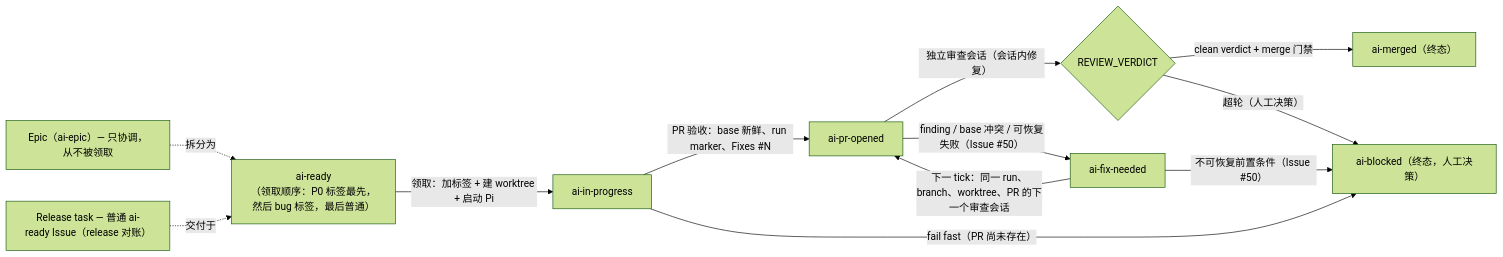
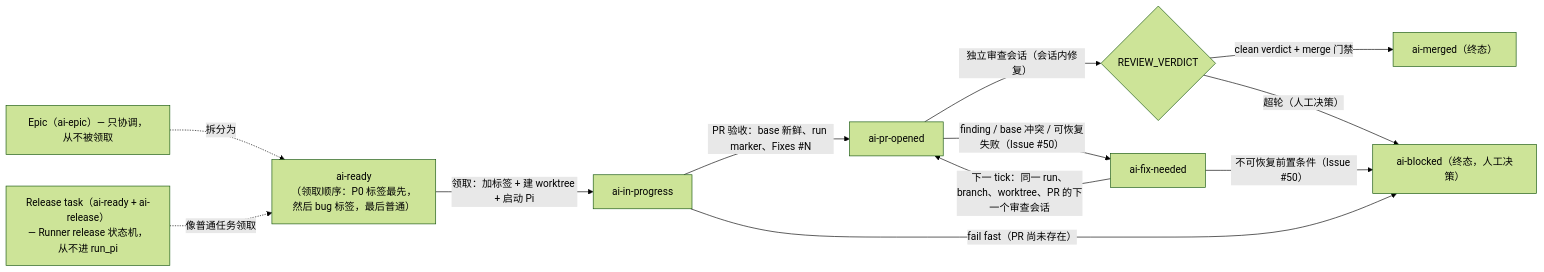
The diagram in docs/zh/workflow.mdx (orbi-build/orbi), drawn with Mermaid (forest theme) before and after one commit. The commit also changed other lines of this file and 11 other files, not shown here.

First line of the commit message:
Add the ai-release Release task type with a Runner-side release state machine

````diff
--- a/docs/zh/workflow.mdx
+++ b/docs/zh/workflow.mdx
@@ -13,17 +13,17 @@
 ```mermaid
 flowchart LR
   epic["Epic（ai-epic）— 只协调，从不被领取"]
   epic -.拆分为.-> ready
-  release["Release task — 普通 ai-ready Issue（release 对账）"]
-  release -.交付于.-> ready
+  release["Release task（ai-ready + ai-release）<br/>— Runner release 状态机，从不进 run_pi"]
+  release -.像普通任务领取.-> ready
   ready["ai-ready<br/>（领取顺序：P0 标签最先，然后 bug 标签，最后普通）"]
   ready -->|领取：加标签 + 建 worktree + 启动 Pi| progress["ai-in-progress"]
   progress -->|PR 验收：base 新鲜、run marker、Fixes #N| opened["ai-pr-opened"]
   opened -->|独立审查会话（会话内修复）| verdict{"REVIEW_VERDICT"}
   verdict -->|clean verdict + merge 门禁| merged["ai-merged（终态）"]
   verdict -->|超轮（人工决策）| blocked["ai-blocked（终态，人工决策）"]
   opened -->|finding / base 冲突 / 可恢复失败（Issue #50）| fixneeded["ai-fix-needed"]
   fixneeded -->|下一 tick：同一 run、branch、worktree、PR 的下一个审查会话| opened
   fixneeded -->|不可恢复前置条件（Issue #50）| blocked
   progress -->|fail fast（PR 尚未存在）| blocked
 ```
````
